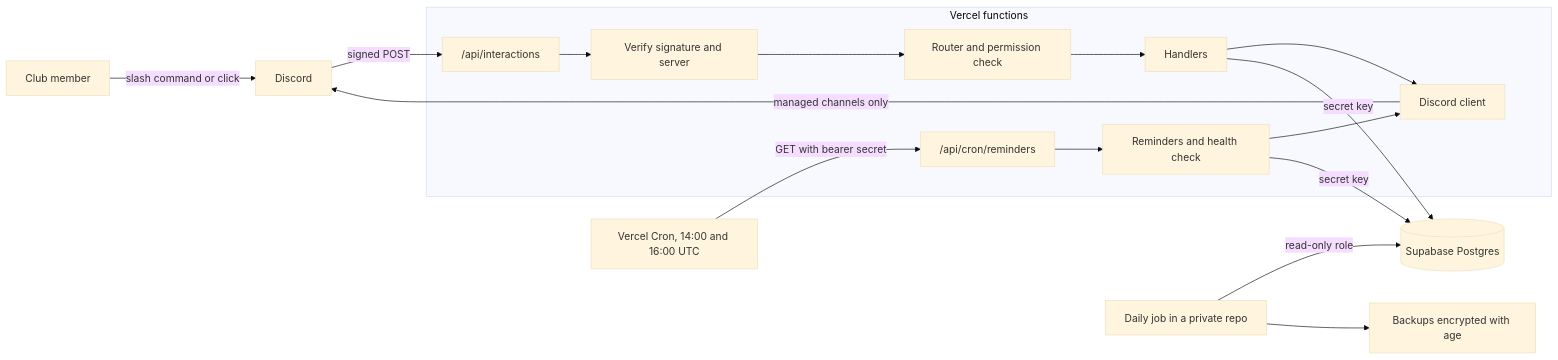
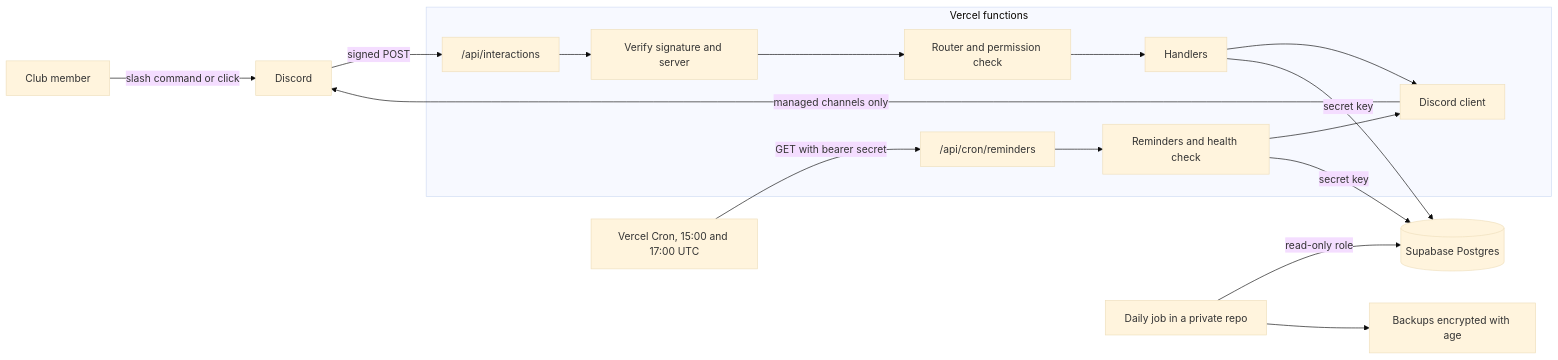
The diagram in README.md (GT-SASE/discordBot), drawn with Mermaid (base theme) before and after one commit. The commit also changed other lines of this file and 71 other files, not shown here.

````diff
--- a/README.md
+++ b/README.md
@@ -35,22 +57,22 @@
 ```mermaid
 flowchart LR
   member[Club member] -->|slash command or click| discord[Discord]
   discord -->|signed POST| interactions["/api/interactions"]
-  cron[Vercel Cron, 14:00 and 16:00 UTC] -->|GET with bearer secret| reminders["/api/cron/reminders"]
+  cron[Vercel Cron, 15:00 and 17:00 UTC] -->|GET with bearer secret| reminders["/api/cron/reminders"]
 
   subgraph vercel[Vercel functions]
     interactions --> verify[Verify signature and server]
     verify --> router[Router and permission check]
     router --> handlers[Handlers]
     reminders --> daily[Reminders and health check]
     handlers --> client[Discord client]
     daily --> client
   end
 
   handlers -->|secret key| db[(Supabase Postgres)]
   daily -->|secret key| db
   client -->|managed channels only| discord
 
   backup[Daily job in a private repo] -->|read-only role| db
   backup --> encrypted[Backups encrypted with age]
 ```
````
